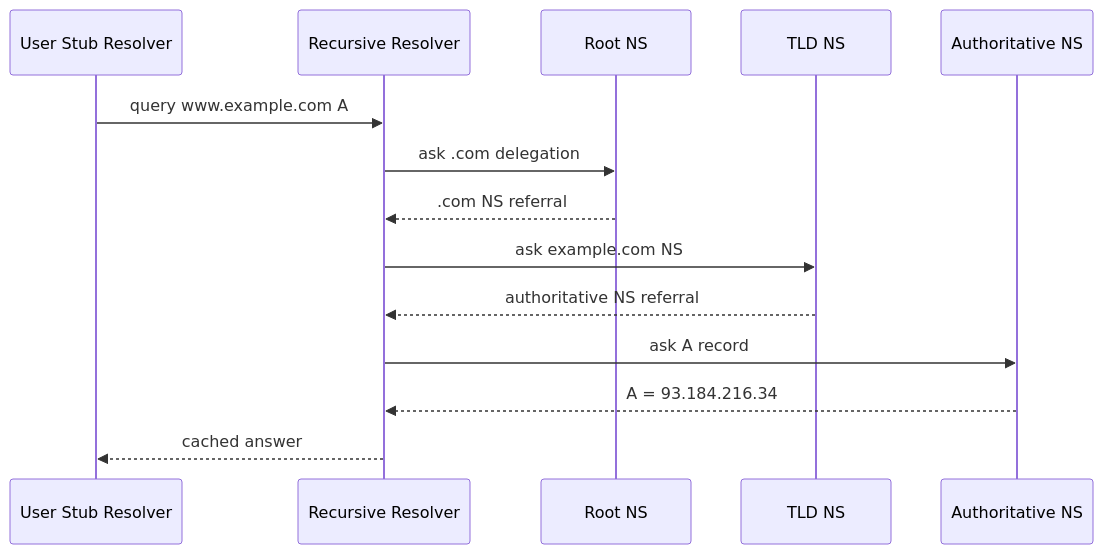
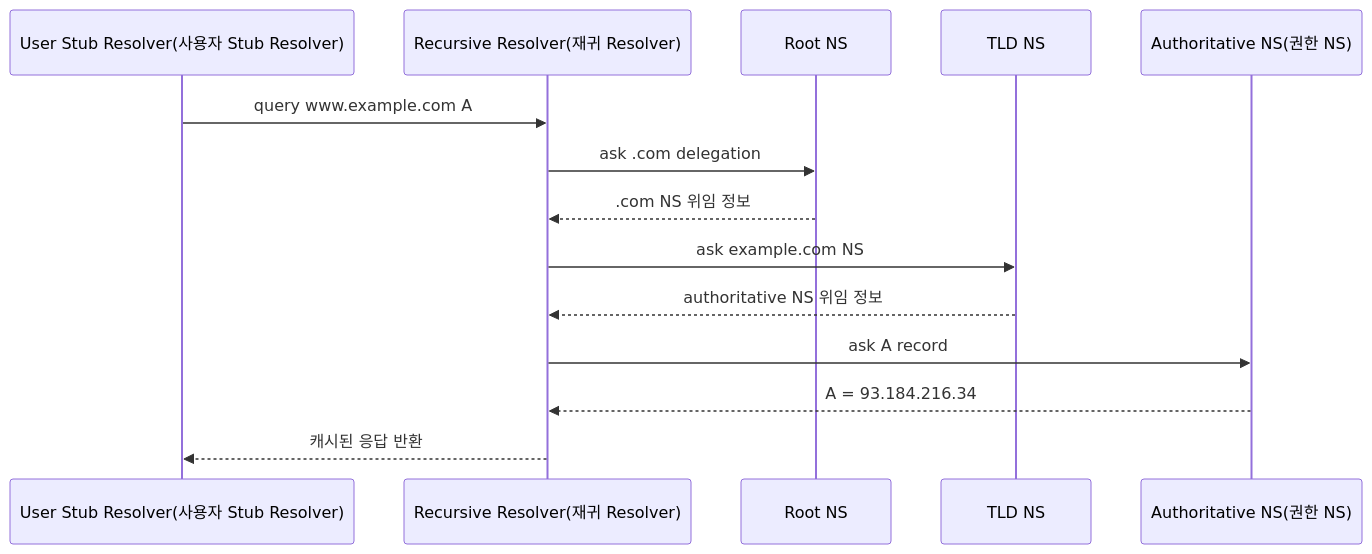
Before and after one commit to mandoobox/mandoobox.github.io: diagram 21 of 39 in _posts/cs-note/2026-02-27-network.md, drawn with Mermaid. The commit also changed other lines of this file and 18 other files, not shown here.

````diff
--- a/_posts/cs-note/2026-02-27-network.md
+++ b/_posts/cs-note/2026-02-27-network.md
@@ -664,16 +664,16 @@
 ```mermaid
 sequenceDiagram
-  participant U as User Stub Resolver
-  participant R as Recursive Resolver
+  participant U as User Stub Resolver(사용자 Stub Resolver)
+  participant R as Recursive Resolver(재귀 Resolver)
   participant Root as Root NS
   participant TLD as TLD NS
-  participant Auth as Authoritative NS
+  participant Auth as Authoritative NS(권한 NS)
   U->>R: query www.example.com A
   R->>Root: ask .com delegation
-  Root-->>R: .com NS referral
+  Root-->>R: .com NS 위임 정보
   R->>TLD: ask example.com NS
-  TLD-->>R: authoritative NS referral
+  TLD-->>R: authoritative NS 위임 정보
   R->>Auth: ask A record
   Auth-->>R: A = 93.184.216.34
-  R-->>U: cached answer
+  R-->>U: 캐시된 응답 반환
 ```
````
